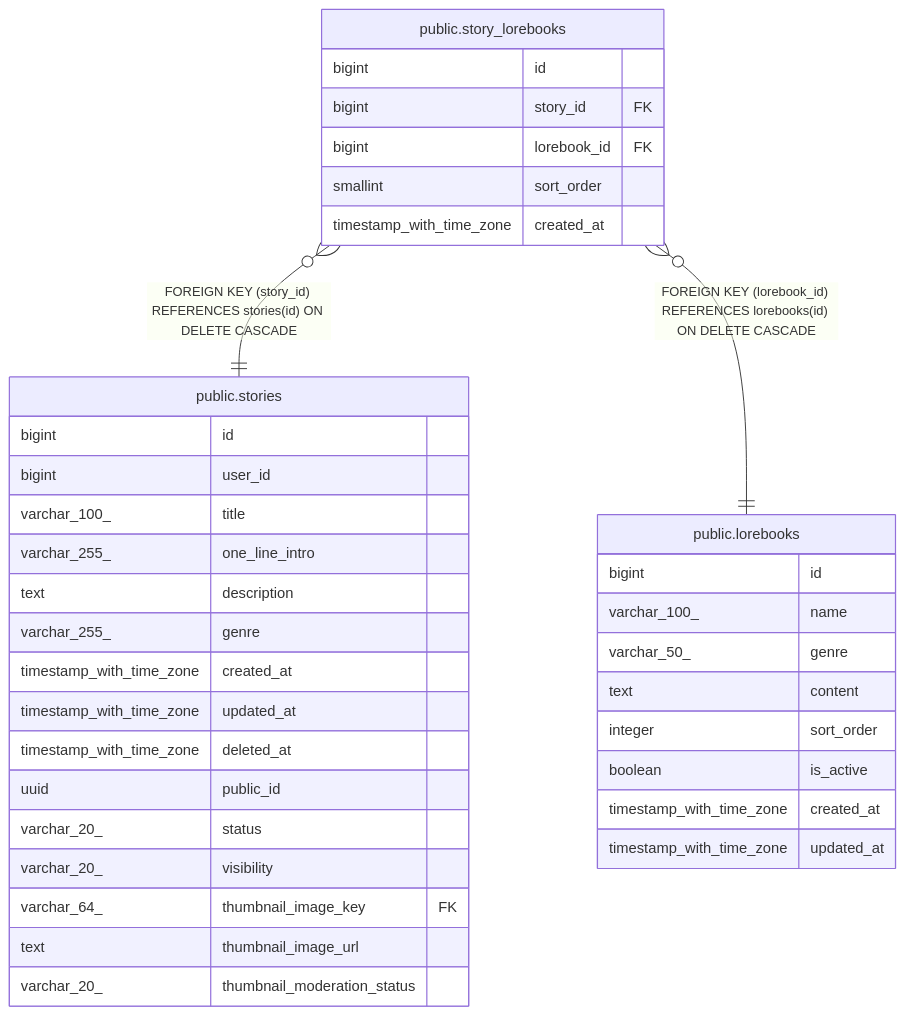
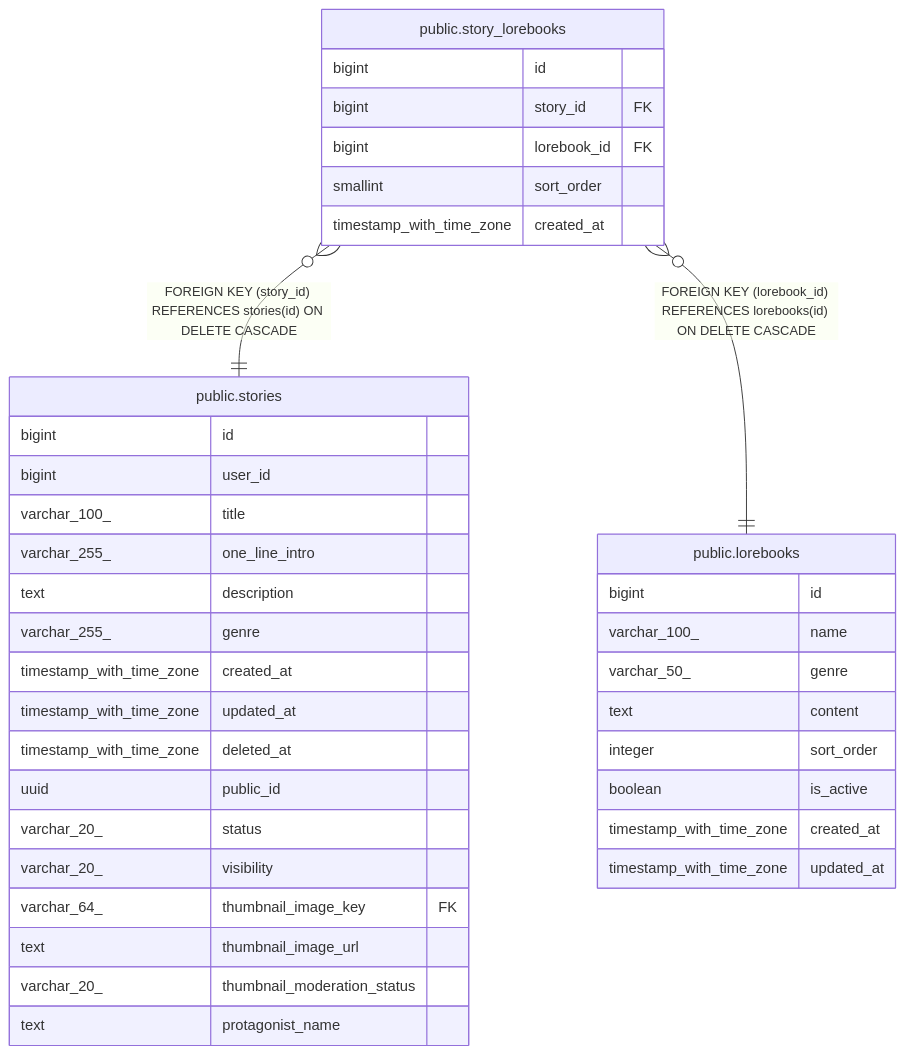
The diagram in dbdoc/public.story_lorebooks.md (KIM-N-KANG/manyak-server), drawn with Mermaid before and after one commit. The commit also changed 76 other files, not shown here.

````diff
--- a/dbdoc/public.story_lorebooks.md
+++ b/dbdoc/public.story_lorebooks.md
@@ -32,41 +32,42 @@
 ```mermaid
 erDiagram
 
 "public.story_lorebooks" }o--|| "public.stories" : "FOREIGN KEY (story_id) REFERENCES stories(id) ON DELETE CASCADE"
 "public.story_lorebooks" }o--|| "public.lorebooks" : "FOREIGN KEY (lorebook_id) REFERENCES lorebooks(id) ON DELETE CASCADE"
 
 "public.story_lorebooks" {
   bigint id
   bigint story_id FK
   bigint lorebook_id FK
   smallint sort_order
   timestamp_with_time_zone created_at
 }
 "public.stories" {
   bigint id
   bigint user_id
   varchar_100_ title
   varchar_255_ one_line_intro
   text description
   varchar_255_ genre
   timestamp_with_time_zone created_at
   timestamp_with_time_zone updated_at
   timestamp_with_time_zone deleted_at
   uuid public_id
   varchar_20_ status
   varchar_20_ visibility
   varchar_64_ thumbnail_image_key FK
   text thumbnail_image_url
   varchar_20_ thumbnail_moderation_status
+  text protagonist_name
 }
 "public.lorebooks" {
   bigint id
   varchar_100_ name
   varchar_50_ genre
   text content
   integer sort_order
   boolean is_active
   timestamp_with_time_zone created_at
   timestamp_with_time_zone updated_at
 }
 ```
````
